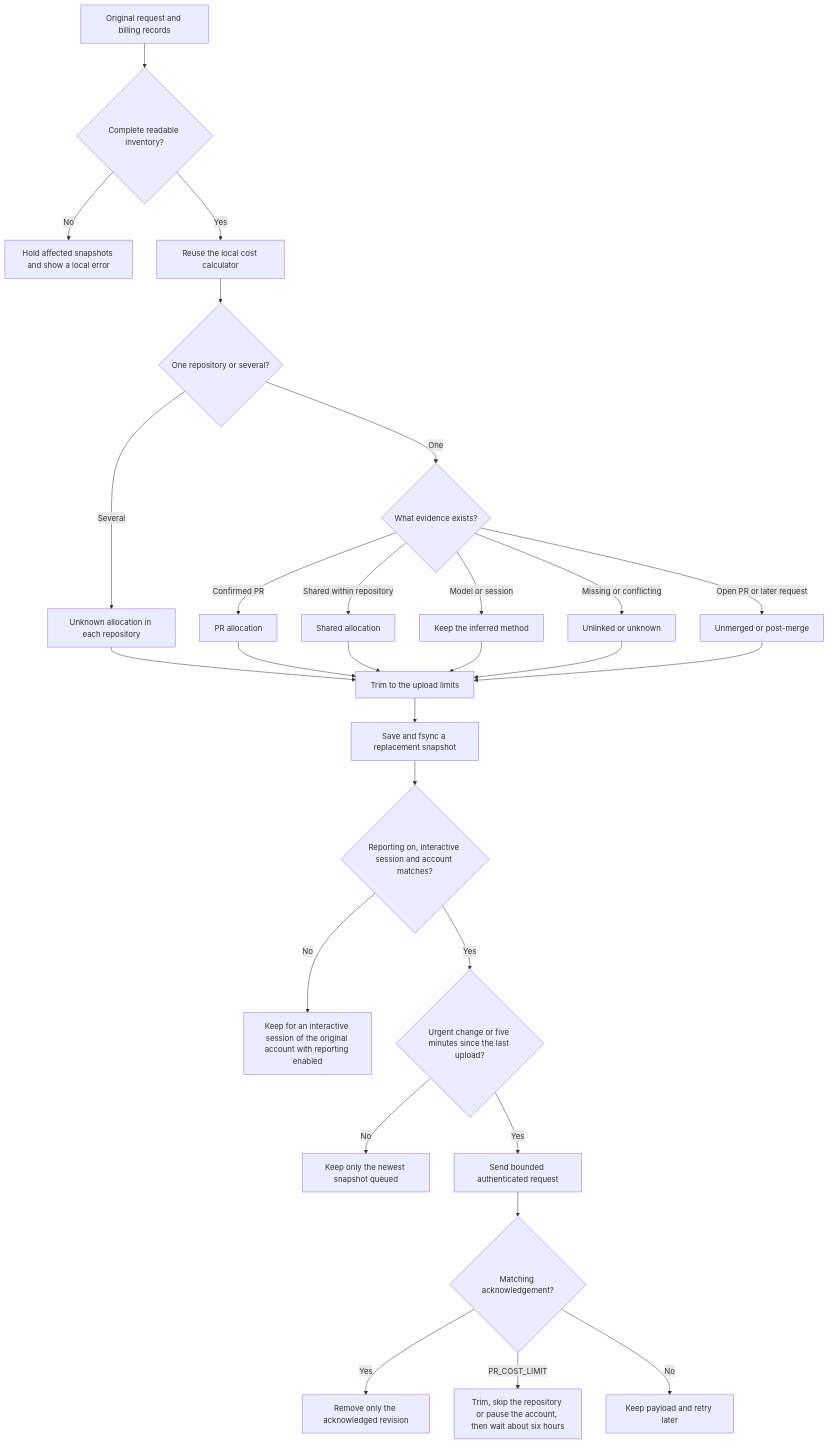
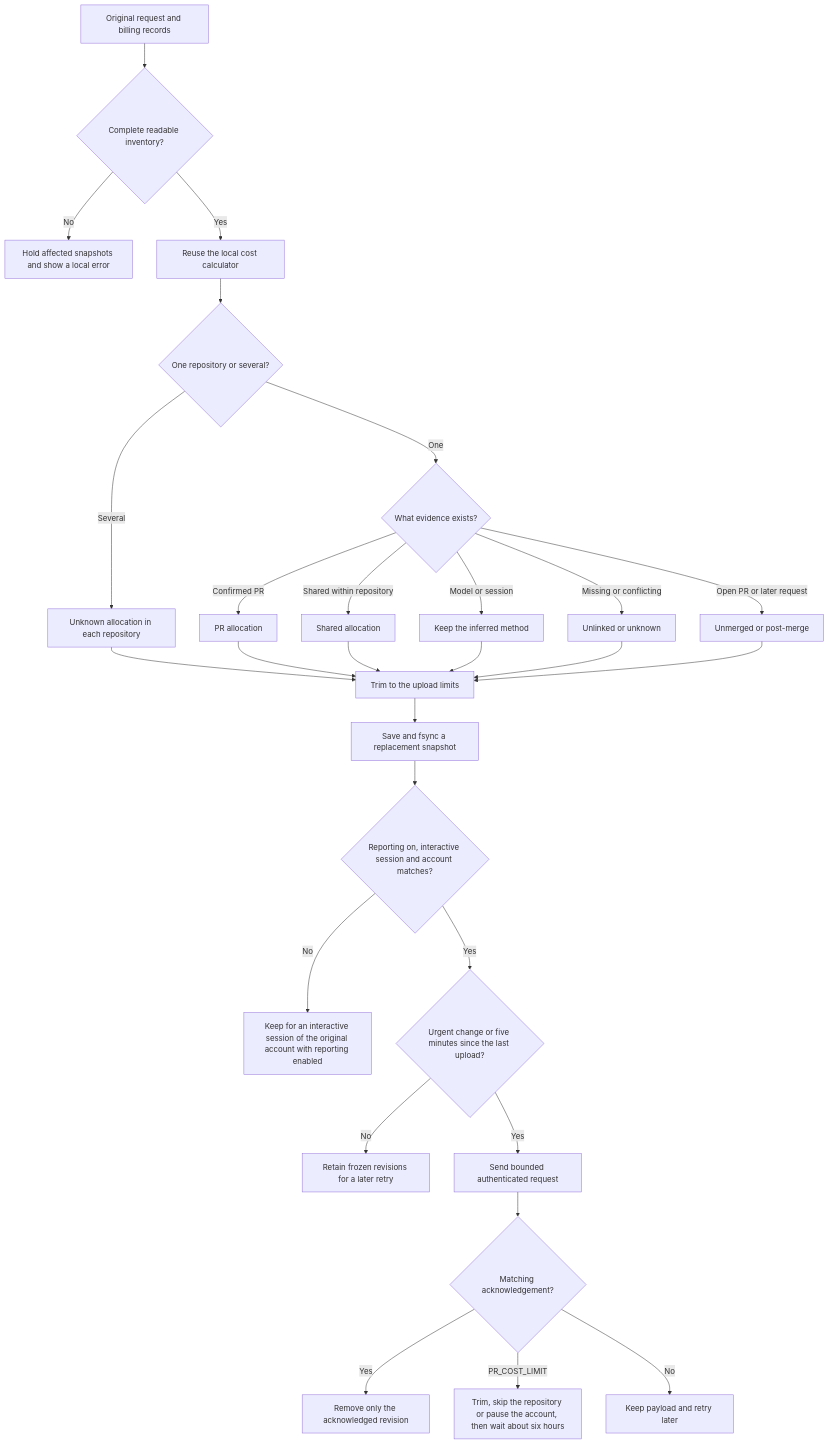
Before and after one commit to getkimchi/kimchi: the first of 2 diagrams in docs/pr-cost-reporting.md, drawn with Mermaid. The commit also changed other lines of this file and 7 other files, not shown here.

````diff
--- a/docs/pr-cost-reporting.md
+++ b/docs/pr-cost-reporting.md
@@ -92,30 +92,30 @@
 ```mermaid
 flowchart TD
     A[Original request and billing records] --> B{Complete readable inventory?}
     B -- No --> Hold[Hold affected snapshots and show a local error]
     B -- Yes --> C[Reuse the local cost calculator]
     C --> D{One repository or several?}
     D -- Several --> U[Unknown allocation in each repository]
     D -- One --> E{What evidence exists?}
     E -- Confirmed PR --> PR[PR allocation]
     E -- Shared within repository --> Shared[Shared allocation]
     E -- Model or session --> Inferred[Keep the inferred method]
     E -- Missing or conflicting --> Unknown[Unlinked or unknown]
     E -- Open PR or later request --> Outside[Unmerged or post-merge]
     U --> Trim
     PR --> Trim
     Shared --> Trim
     Inferred --> Trim
     Unknown --> Trim
     Outside --> Trim[Trim to the upload limits]
     Trim --> Queue[Save and fsync a replacement snapshot]
     Queue --> Consent{Reporting on, interactive session and account matches?}
     Consent -- No --> Wait[Keep for an interactive session of the original account with reporting enabled]
     Consent -- Yes --> Window{Urgent change or five minutes since the last upload?}
-    Window -- No --> Later[Keep only the newest snapshot queued]
+    Window -- No --> Later[Retain frozen revisions for a later retry]
     Window -- Yes --> Send[Send bounded authenticated request]
     Send --> Ack{Matching acknowledgement?}
     Ack -- Yes --> Done[Remove only the acknowledged revision]
     Ack -- PR_COST_LIMIT --> Quota[Trim, skip the repository or pause the account, then wait about six hours]
     Ack -- No --> Retry[Keep payload and retry later]
 ```
````
